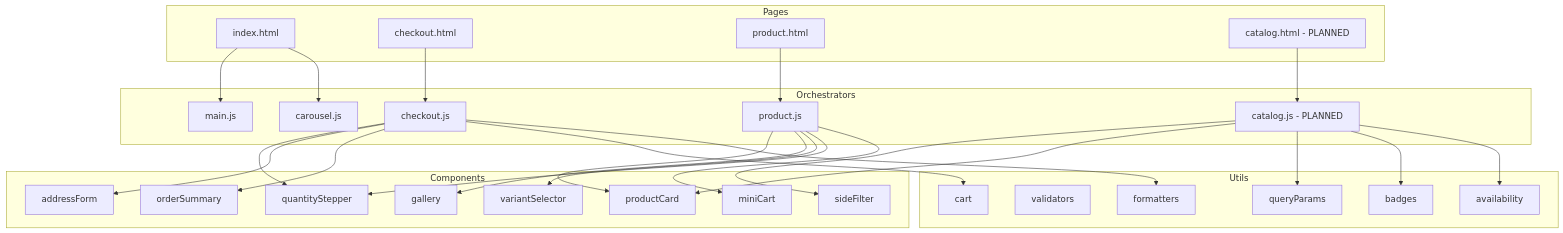
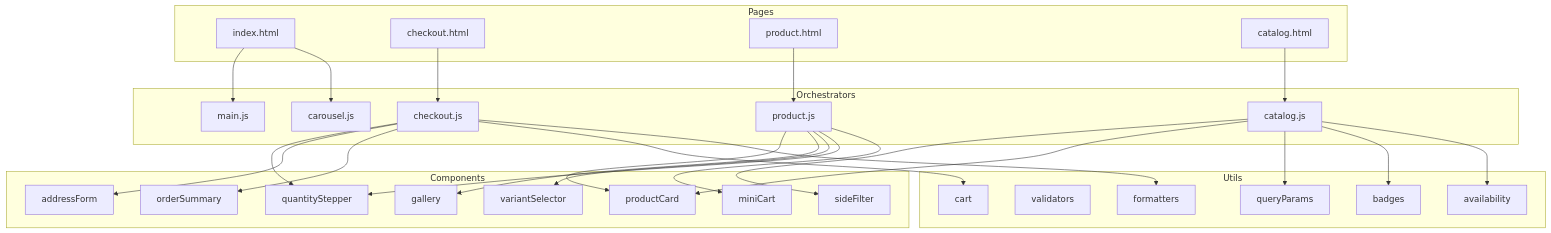
One commit to PedroVonMises/amopet changed the diagram in ARCHITECTURE.md. Above: the diagram before and after it, drawn with Mermaid. The commit also changed other lines of this file and 4 other files, not shown here.

````diff
--- a/ARCHITECTURE.md
+++ b/ARCHITECTURE.md
@@ -226,61 +229,61 @@
 ```mermaid
 graph TD
     subgraph Pages
         INDEX[index.html]
         CHECKOUT[checkout.html]
         PDP[product.html]
-        CATALOG[catalog.html - PLANNED]
+        CATALOG[catalog.html]
     end
 
     subgraph Orchestrators
         MAIN[main.js]
         CAROUSEL[carousel.js]
         CHKJS[checkout.js]
         PDPJS[product.js]
-        CATJS[catalog.js - PLANNED]
+        CATJS[catalog.js]
     end
 
     subgraph Components
         PC[productCard]
         GAL[gallery]
         SF[sideFilter]
         VS[variantSelector]
         QS[quantityStepper]
         MC[miniCart]
         AF[addressForm]
         OS[orderSummary]
     end
 
     subgraph Utils
         FMT[formatters]
         VAL[validators]
         CART[cart]
         BDG[badges]
         AVL[availability]
         QP[queryParams]
     end
 
     INDEX --> MAIN
     INDEX --> CAROUSEL
     CHECKOUT --> CHKJS
     PDP --> PDPJS
     CATALOG --> CATJS
 
     CHKJS --> QS
     CHKJS --> AF
     CHKJS --> OS
     CHKJS --> CART
     CHKJS --> FMT
 
     PDPJS --> PC
     PDPJS --> GAL
     PDPJS --> VS
     PDPJS --> QS
     PDPJS --> MC
 
     CATJS --> SF
     CATJS --> PC
     CATJS --> QP
     CATJS --> BDG
     CATJS --> AVL
 ```
````
